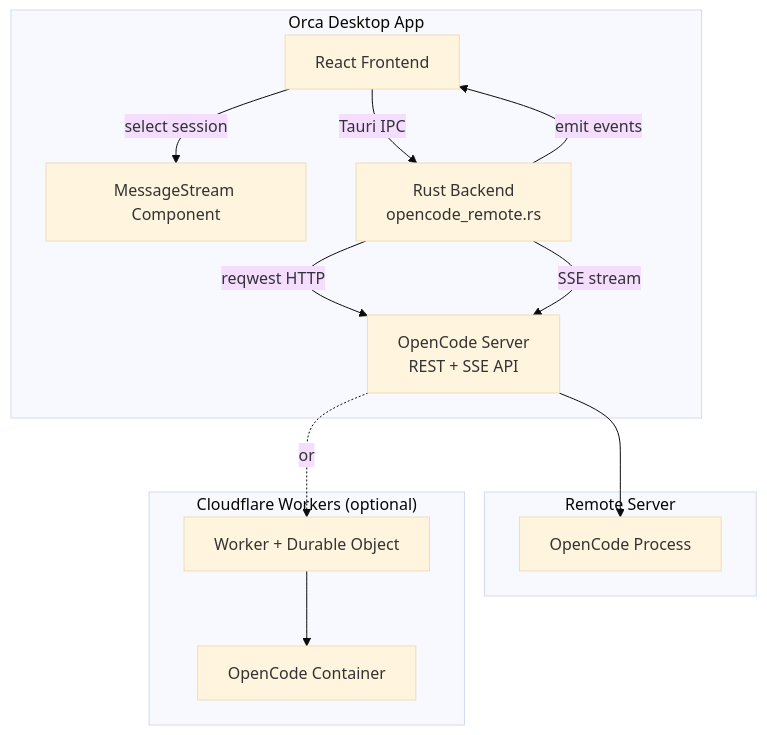
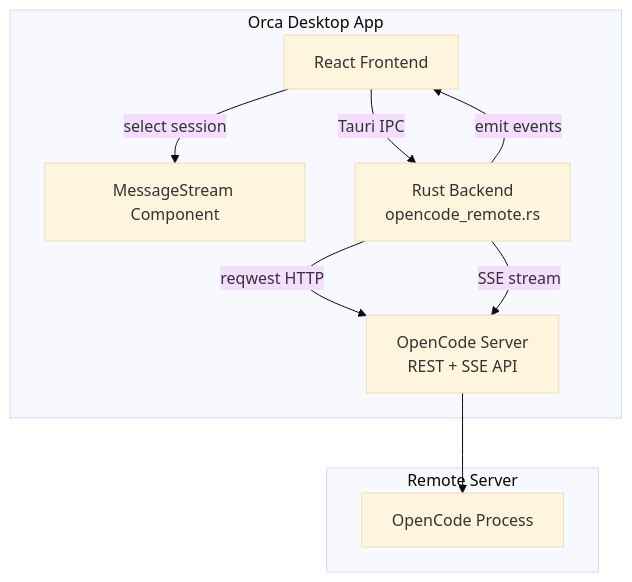
Before and after one commit to beaufour/orca: the second of 4 diagrams in docs/backends.md, drawn with Mermaid (base theme). The commit also changed other lines of this file, not shown here.

First line of the commit message:
docs: clarify server hosting options and Cloudflare status

````diff
--- a/docs/backends.md
+++ b/docs/backends.md
@@ -68,22 +68,16 @@
 ```mermaid
 graph TB
     subgraph "Orca Desktop App"
         UI[React Frontend]
         UI -->|select session| MS[MessageStream Component]
         UI -->|Tauri IPC| RUST[Rust Backend<br>opencode_remote.rs]
         RUST -->|reqwest HTTP| API
         RUST -->|SSE stream| API
         RUST -->|emit events| UI
     end
 
     subgraph "Remote Server"
         API[OpenCode Server<br>REST + SSE API]
         API --> OC[OpenCode Process]
     end
-
-    subgraph "Cloudflare Workers (optional)"
-        CF[Worker + Durable Object] --> Container[OpenCode Container]
-    end
-
-    API -.->|"or"| CF
 ```
````
